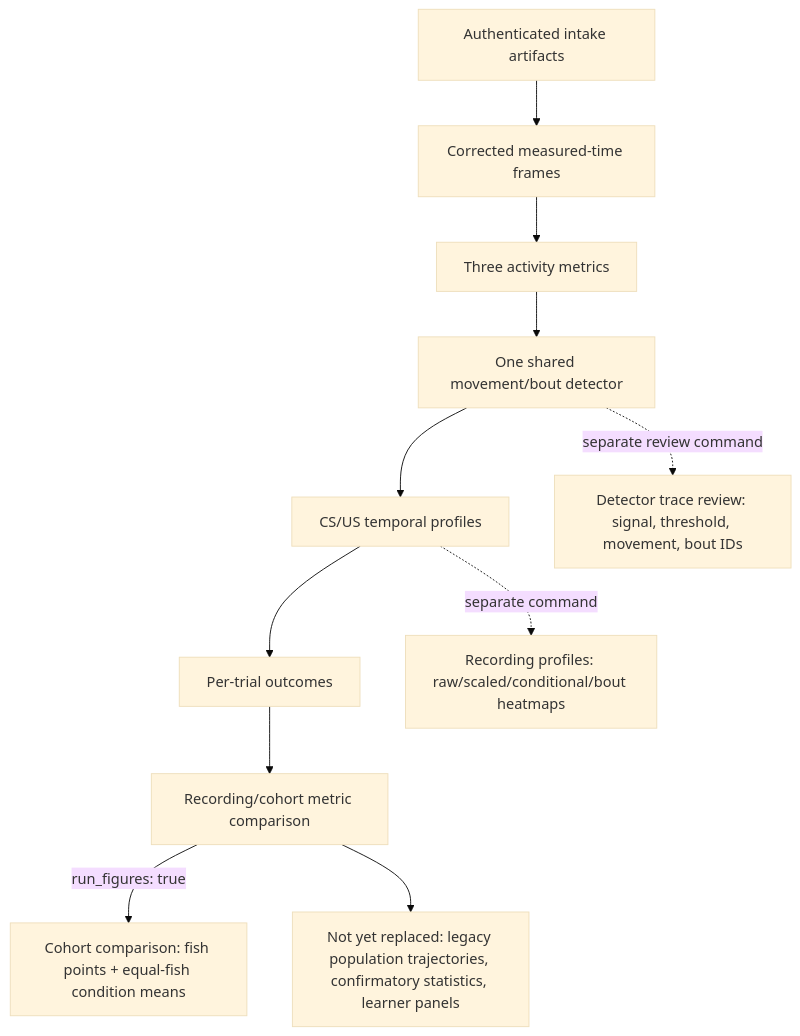
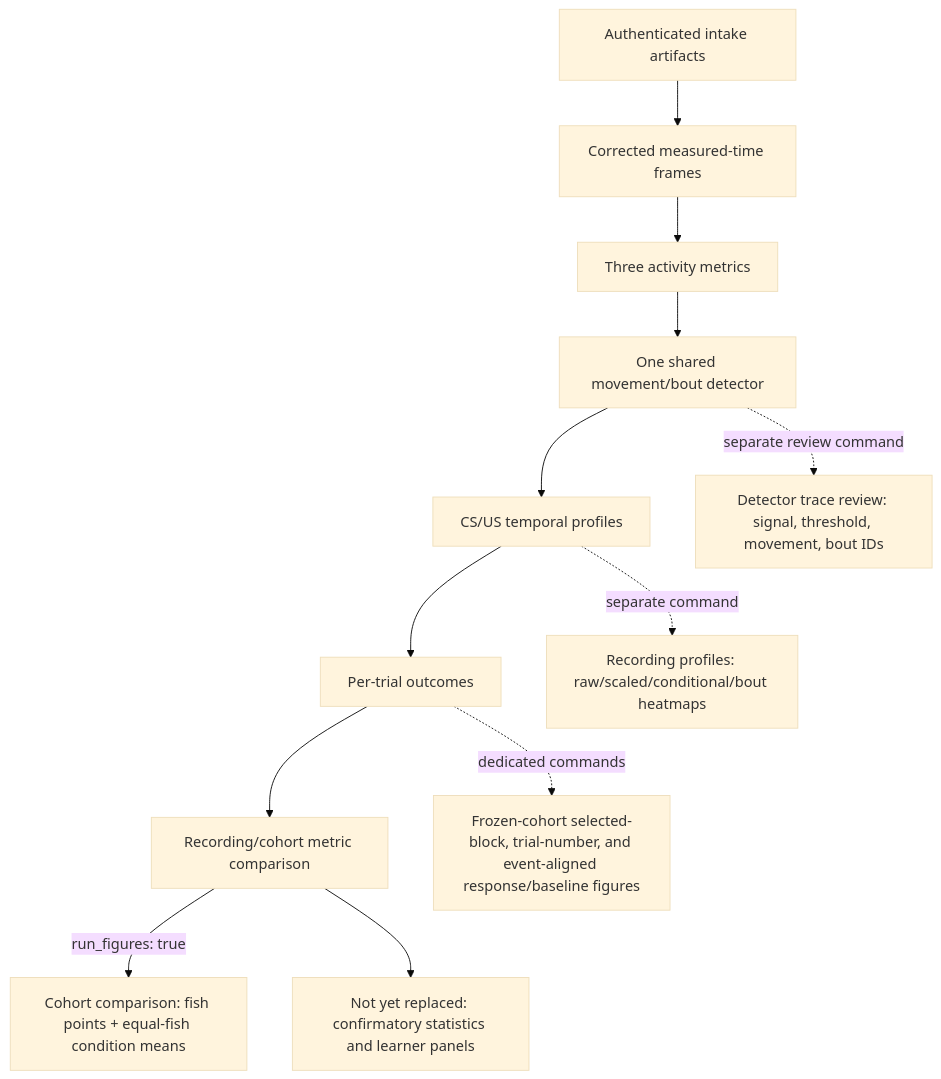
One commit to jasmc/ClassicalConditioning changed the second of 2 diagrams in docs/analysis/figures/FIGURE_PIPELINES.md. Above: the diagram before and after it, drawn with Mermaid (base theme). The commit also changed other lines of this file and 17 other files, not shown here.

````diff
--- a/docs/analysis/figures/FIGURE_PIPELINES.md
+++ b/docs/analysis/figures/FIGURE_PIPELINES.md
@@ -44,13 +44,14 @@
 ```mermaid
 flowchart TD
     A["Authenticated intake artifacts"] --> N1["Corrected measured-time frames"]
     N1 --> N2["Three activity metrics"]
     N2 --> N3["One shared movement/bout detector"]
     N3 --> N4["CS/US temporal profiles"]
     N4 --> N5["Per-trial outcomes"]
     N5 --> N6["Recording/cohort metric comparison"]
     N6 -->|run_figures: true| N7["Cohort comparison: fish points + equal-fish condition means"]
     N4 -. separate command .-> N8["Recording profiles: raw/scaled/conditional/bout heatmaps"]
     N3 -. separate review command .-> N9["Detector trace review: signal, threshold, movement, bout IDs"]
-    N6 --> N10["Not yet replaced: legacy population trajectories, confirmatory statistics, learner panels"]
+    N6 --> N10["Not yet replaced: confirmatory statistics and learner panels"]
+    N5 -. dedicated commands .-> N11["Frozen-cohort selected-block, trial-number, and event-aligned response/baseline figures"]
 ```
````
